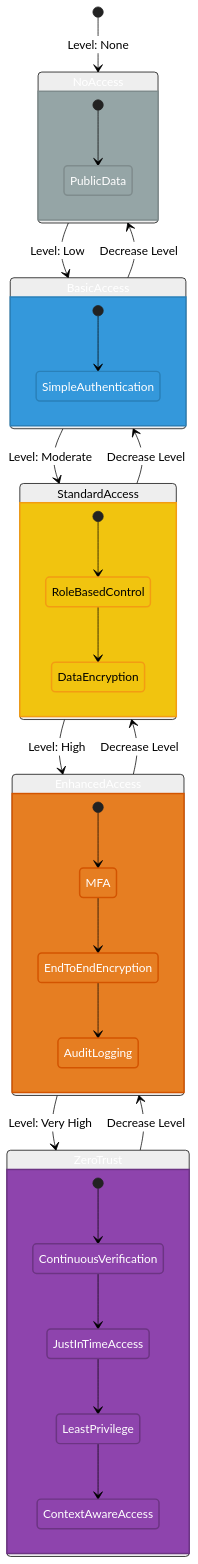
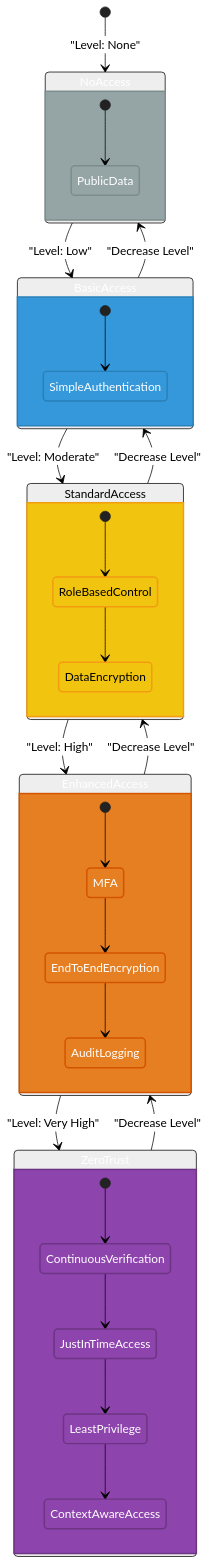
Before and after one commit to Hack23/cia-compliance-manager: the fifth of 7 diagrams in docs/architecture/STATEDIAGRAM.md, drawn with Mermaid (neutral theme). The commit also changed other lines of this file, not shown here.

Commit message:
fix(docs): improve clarity in STATEDIAGRAM.md by adding quotes to state descriptions and refining class definitions

````diff
--- a/docs/architecture/STATEDIAGRAM.md
+++ b/docs/architecture/STATEDIAGRAM.md
@@ -202,52 +202,52 @@
 ```mermaid
 stateDiagram-v2
-    [*] --> NoAccess: Level: None
+    [*] --> NoAccess: "Level: None"
     
-    NoAccess --> BasicAccess: Level: Low
-    BasicAccess --> StandardAccess: Level: Moderate
-    StandardAccess --> EnhancedAccess: Level: High
-    EnhancedAccess --> ZeroTrust: Level: Very High
+    NoAccess --> BasicAccess: "Level: Low"
+    BasicAccess --> StandardAccess: "Level: Moderate"
+    StandardAccess --> EnhancedAccess: "Level: High"
+    EnhancedAccess --> ZeroTrust: "Level: Very High"
     
-    ZeroTrust --> EnhancedAccess: Decrease Level
-    EnhancedAccess --> StandardAccess: Decrease Level
-    StandardAccess --> BasicAccess: Decrease Level
-    BasicAccess --> NoAccess: Decrease Level
+    ZeroTrust --> EnhancedAccess: "Decrease Level"
+    EnhancedAccess --> StandardAccess: "Decrease Level"
+    StandardAccess --> BasicAccess: "Decrease Level"
+    BasicAccess --> NoAccess: "Decrease Level"
     
     state NoAccess {
         [*] --> PublicData
     }
     
     state BasicAccess {
         [*] --> SimpleAuthentication
     }
     
     state StandardAccess {
         [*] --> RoleBasedControl
         RoleBasedControl --> DataEncryption
     }
     
     state EnhancedAccess {
         [*] --> MFA
         MFA --> EndToEndEncryption
         EndToEndEncryption --> AuditLogging
     }
     
     state ZeroTrust {
         [*] --> ContinuousVerification
         ContinuousVerification --> JustInTimeAccess
         JustInTimeAccess --> LeastPrivilege
         LeastPrivilege --> ContextAwareAccess
     }
     
     classDef none fill:#95a5a6,stroke:#7f8c8d,stroke-width:2px,color:white
     classDef low fill:#3498db,stroke:#2980b9,stroke-width:2px,color:white
     classDef moderate fill:#f1c40f,stroke:#f39c12,stroke-width:2px,color:black
     classDef high fill:#e67e22,stroke:#d35400,stroke-width:2px,color:white
     classDef veryhigh fill:#8e44ad,stroke:#6c3483,stroke-width:2px,color:white
     
     class NoAccess,PublicData none
     class BasicAccess,SimpleAuthentication low
     class StandardAccess,RoleBasedControl,DataEncryption moderate
     class EnhancedAccess,MFA,EndToEndEncryption,AuditLogging high
     class ZeroTrust,ContinuousVerification,JustInTimeAccess,LeastPrivilege,ContextAwareAccess veryhigh
 ```
````
